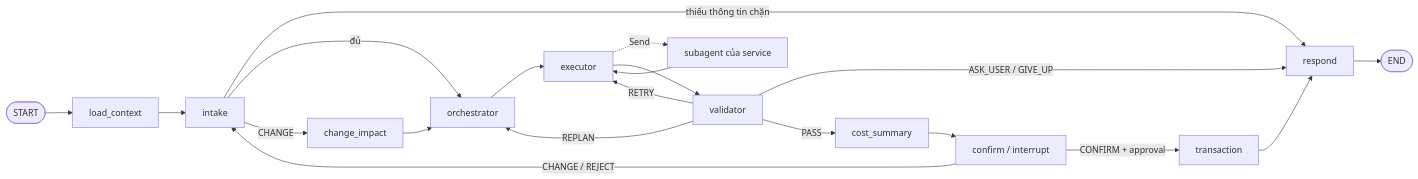
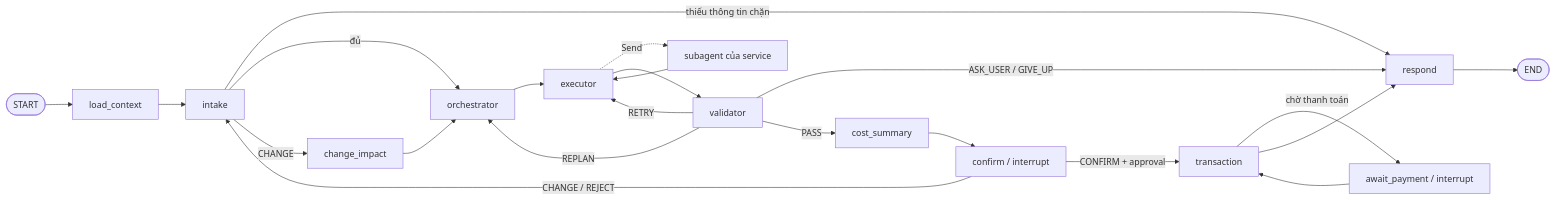
One commit to the-liems/relohome changed the second of 3 diagrams in ARCHITECTURE.md. Above: the diagram before and after it, drawn with Mermaid. The commit also changed other lines of this file and 2 other files, not shown here.

Commit message:
docs: reconcile agent graph with service branches; add ADR-016
- Reuse khoa's intake/routing safety code inside one LangGraph graph (D15)
- Map real MCP tools of location, moving, flight and payment services
- PII via form refs and async payment with await_payment (D16)
- Request scope rules S1-S10, next-step suggestions, order management
- Settle Q20-Q25: OpenAI model tiers, AhaMove cash, Moving approval bridge,
  ADR renumbering plan, no deposit in MVP

````diff
--- a/ARCHITECTURE.md
+++ b/ARCHITECTURE.md
@@ -58,17 +58,19 @@
 ```mermaid
 graph LR
     S([START]) --> ctx[load_context] --> intake[intake]
     intake -->|thiếu thông tin chặn| resp[respond]
     intake -->|đủ| orch[orchestrator]
     intake -->|CHANGE| ci[change_impact] --> orch
     orch --> exe[executor]
     exe -. Send .-> agents[subagent của service] --> exe
     exe --> val[validator]
     val -->|RETRY| exe
     val -->|REPLAN| orch
     val -->|ASK_USER / GIVE_UP| resp
     val -->|PASS| cost[cost_summary] --> conf[confirm / interrupt]
-    conf -->|CONFIRM + approval| tx[transaction] --> resp
+    conf -->|CONFIRM + approval| tx[transaction]
+    tx -->|chờ thanh toán| pay[await_payment / interrupt] --> tx
+    tx --> resp
     conf -->|CHANGE / REJECT| intake
     resp --> F([END])
 ```
````
